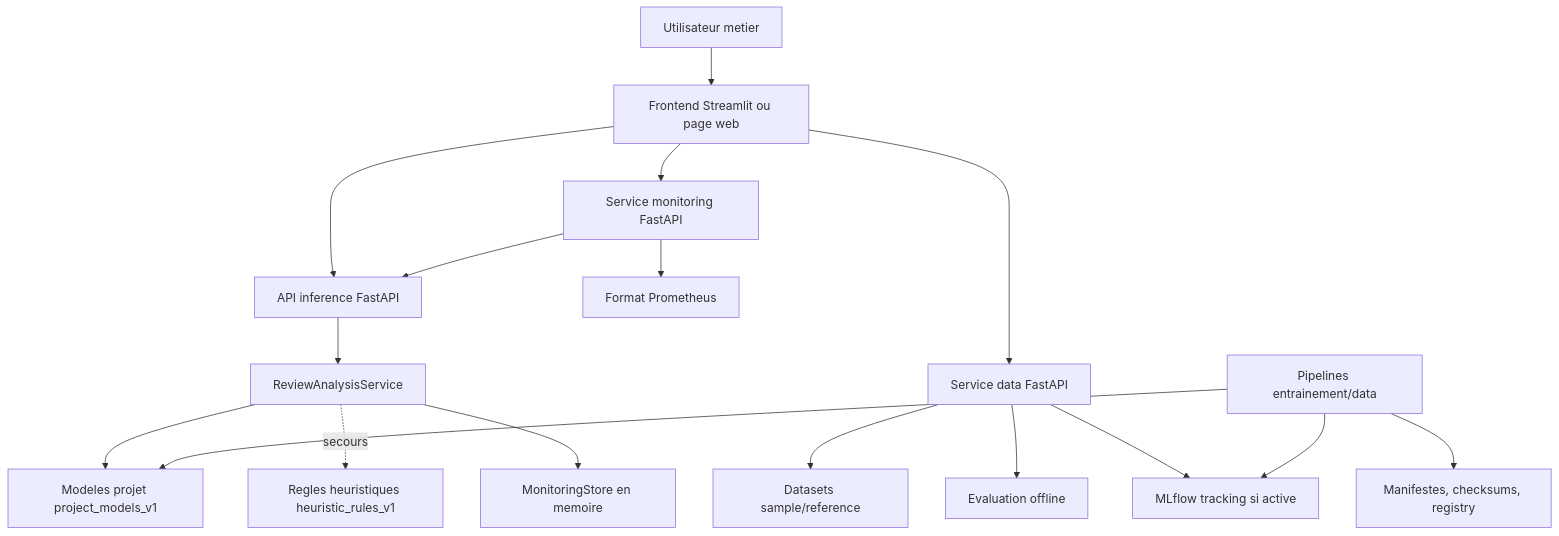
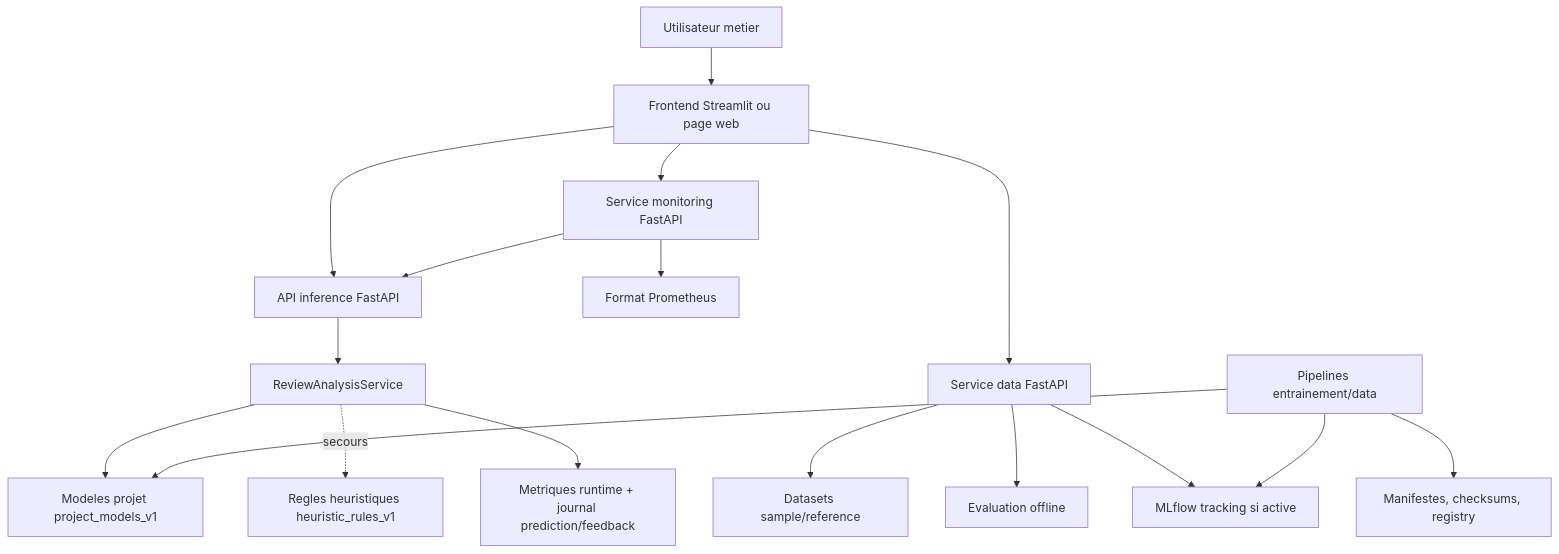
One commit to LIORA-PROJET-MLOps/review-insights-mlops changed the second of 6 diagrams in docs/ETAT_DES_LIEUX_POC_PEDAGOGIQUE_FR.md. Above: the diagram before and after it, drawn with Mermaid. The commit also changed other lines of this file and 28 other files, not shown here.

````diff
--- a/docs/ETAT_DES_LIEUX_POC_PEDAGOGIQUE_FR.md
+++ b/docs/ETAT_DES_LIEUX_POC_PEDAGOGIQUE_FR.md
@@ -91,23 +91,23 @@
 ```mermaid
 flowchart TB
     U["Utilisateur metier"] --> UI["Frontend Streamlit ou page web"]
     UI --> API["API inference FastAPI"]
     UI --> DATA["Service data FastAPI"]
     UI --> MON["Service monitoring FastAPI"]
 
     API --> SVC["ReviewAnalysisService"]
     SVC --> MODEL["Modeles projet project_models_v1"]
     SVC -. secours .-> RULES["Regles heuristiques heuristic_rules_v1"]
-    SVC --> METRICS["MonitoringStore en memoire"]
+    SVC --> METRICS["Metriques runtime + journal prediction/feedback"]
 
     DATA --> DS["Datasets sample/reference"]
     DATA --> EVAL["Evaluation offline"]
     DATA --> MLFLOW["MLflow tracking si active"]
 
     MON --> API
     MON --> PROM["Format Prometheus"]
 
     PIPE["Pipelines entrainement/data"] --> MODEL
     PIPE --> REG["Manifestes, checksums, registry"]
     PIPE --> MLFLOW
 ```
````
